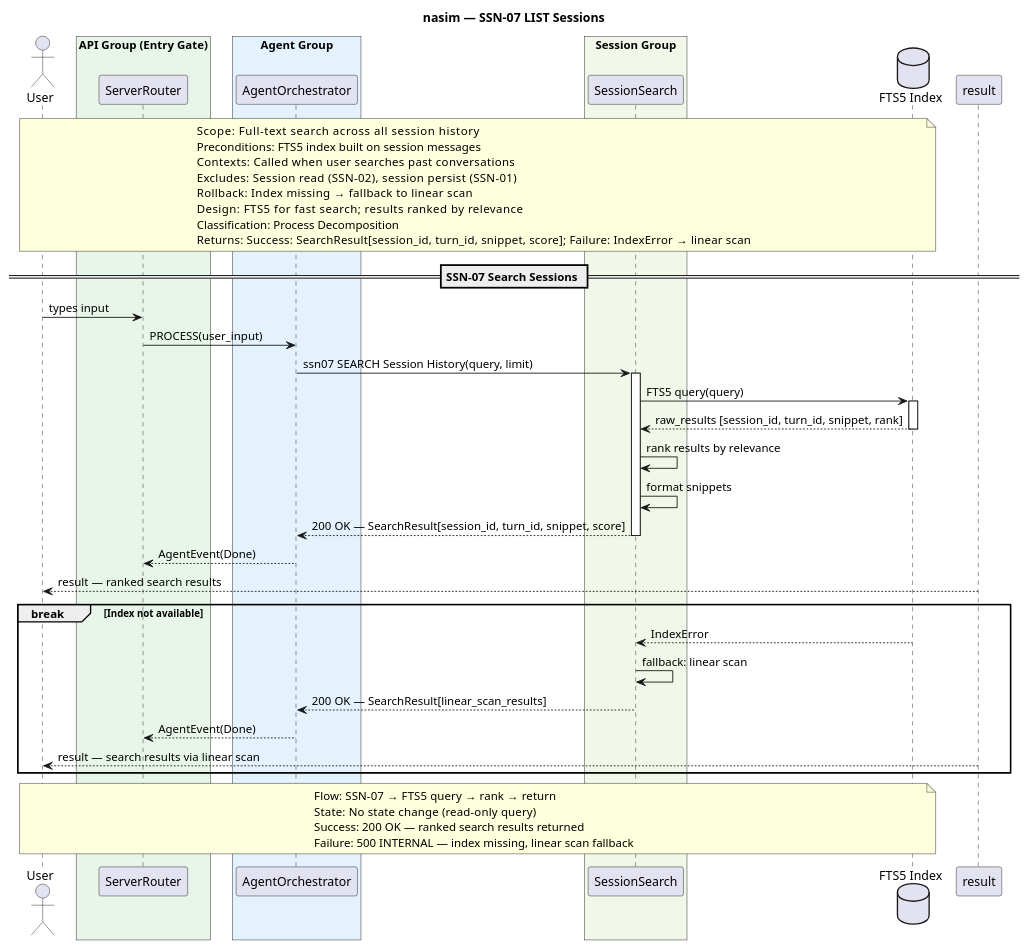
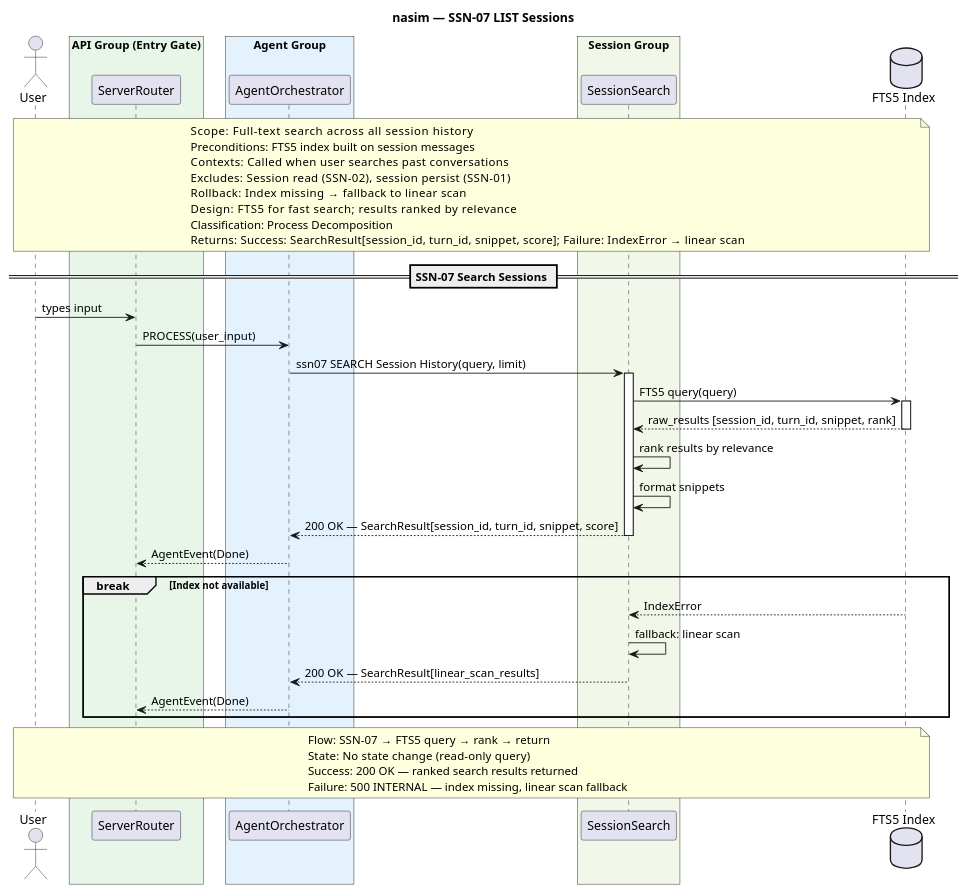
One commit to salimnamvar/nasim changed the diagram in docs/SQ/SSN/sq_ssn07_search_sessions.puml. Above: the diagram before and after it, drawn with PlantUML. The commit also changed 133 other files, not shown here.

First line of the commit message:
docs: Refactor sequence diagrams and update documentation for session management and tool operations

```diff
--- a/docs/SQ/SSN/sq_ssn07_search_sessions.puml
+++ b/docs/SQ/SSN/sq_ssn07_search_sessions.puml
@@ -1,75 +1,73 @@
 @startuml sq_ssn07_search_sessions
 ' ============================================================
 ' Title:     SSN-07 — Search Sessions
 ' Boundary:  nasim code agent CLI
 ' Purpose:   Full-text search across session history
 ' Milestone: v1.0
 ' Version:   9.1.0
 ' Source:    CAR refinement loop — API-First transformation
 ' Review:    docs/SQ/README.md
 ' ============================================================
 
 title nasim — SSN-07 LIST Sessions
 
 actor "User" as user
 
 box "API Group (Entry Gate)" #E8F5E9
   participant "ServerRouter" as router
 end box
 box "Agent Group" #E3F2FD
   participant "AgentOrchestrator" as agent
 end box
 box "Session Group" #F1F8E9
   participant "SessionSearch" as search
 end box
 database "FTS5 Index" as fts
 
 note over user, fts
   Scope:          Full-text search across all session history
   Preconditions:  FTS5 index built on session messages
   Contexts:       Called when user searches past conversations
   Excludes:       Session read (SSN-02), session persist (SSN-01)
   Rollback:       Index missing → fallback to linear scan
   Design:         FTS5 for fast search; results ranked by relevance
   Classification: Process Decomposition
   Returns:        Success: SearchResult[session_id, turn_id, snippet, score]; Failure: IndexError → linear scan
 end note
 
 == SSN-07 Search Sessions ==
 
 user -> router : types input
 router -> agent : PROCESS(user_input)
 
 agent -> search : ssn07 SEARCH Session History(query, limit)
 activate search
 
 search -> fts : FTS5 query(query)
 activate fts
 fts --> search : raw_results [session_id, turn_id, snippet, rank]
 deactivate fts
 
 search -> search : rank results by relevance
 search -> search : format snippets
 
 search --> agent : 200 OK — SearchResult[session_id, turn_id, snippet, score]
 deactivate search
 
 agent --> router : AgentEvent(Done)
-result --> user : result — ranked search results
 
 break Index not available
     fts --> search : IndexError
     search -> search : fallback: linear scan
     search --> agent : 200 OK — SearchResult[linear_scan_results]
     agent --> router : AgentEvent(Done)
-    result --> user : result — search results via linear scan
 end
 
 note over user, fts
   Flow:    SSN-07 → FTS5 query → rank → return
   State:   No state change (read-only query)
   Success: 200 OK — ranked search results returned
   Failure: 500 INTERNAL — index missing, linear scan fallback
 end note
 
 @enduml
```
